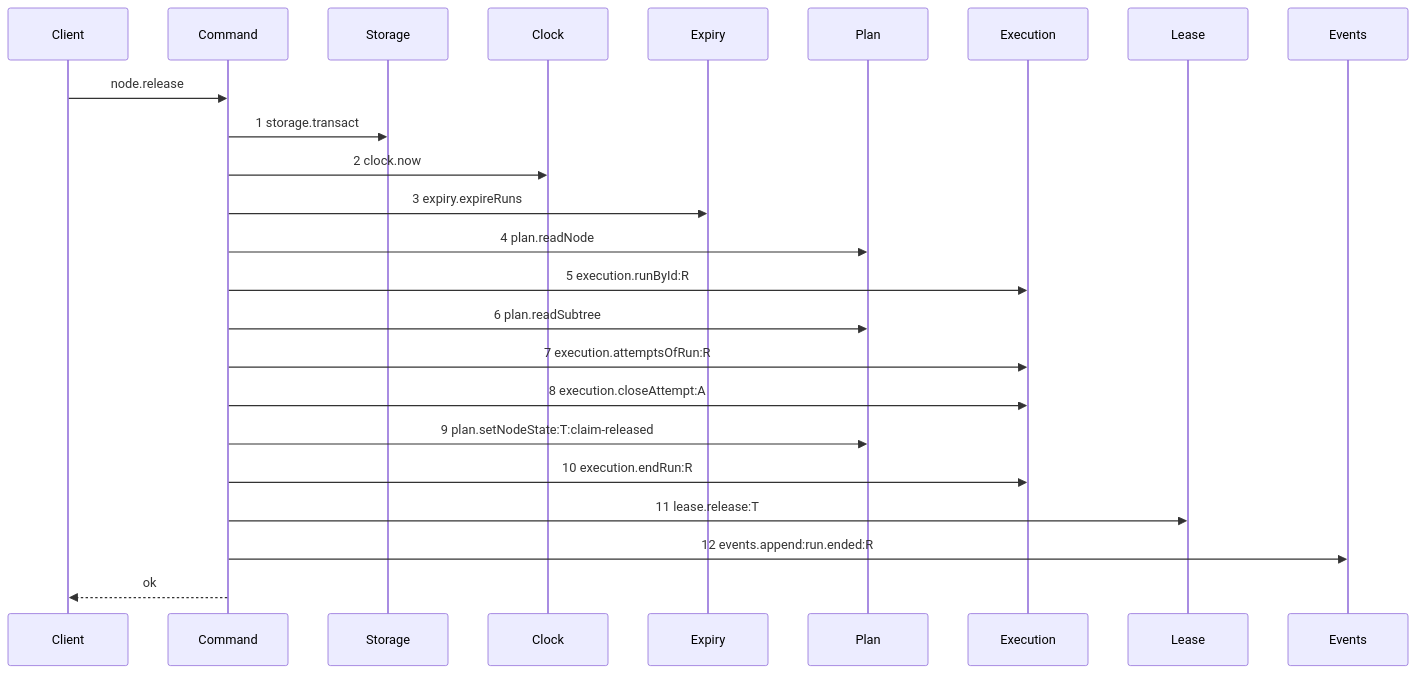
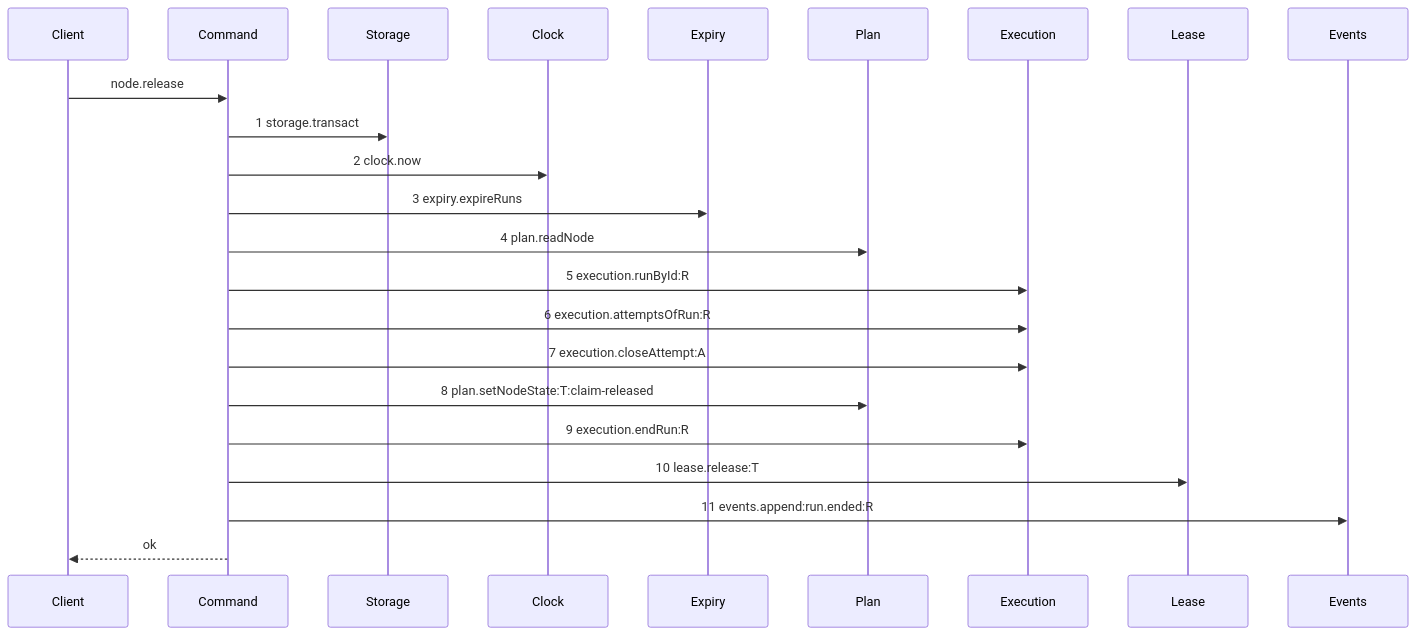
Before and after one commit to kanthorlabs/kanthord-engine: the second of 2 diagrams in .agents/plan/stories/050.2-the-run-renew-release-and-report/05-the-release.md, drawn with Mermaid. The commit also changed other lines of this file and 150 other files, not shown here.

Commit message:
feat(epic-050.2): implement run renewal release and reporting

````diff
--- a/.agents/plan/stories/050.2-the-run-renew-release-and-report/05-the-release.md
+++ b/.agents/plan/stories/050.2-the-run-renew-release-and-report/05-the-release.md
@@ -114,26 +115,25 @@
 ```mermaid
 sequenceDiagram
     participant Client
     participant Command
     participant Storage
     participant Clock
     participant Expiry
     participant Plan
     participant Execution
     participant Lease
     participant Events
     Client->>Command: node.release
     Command->>Storage: 1 storage.transact
     Command->>Clock: 2 clock.now
     Command->>Expiry: 3 expiry.expireRuns
     Command->>Plan: 4 plan.readNode
     Command->>Execution: 5 execution.runById:R
-    Command->>Plan: 6 plan.readSubtree
-    Command->>Execution: 7 execution.attemptsOfRun:R
-    Command->>Execution: 8 execution.closeAttempt:A
-    Command->>Plan: 9 plan.setNodeState:T:claim-released
-    Command->>Execution: 10 execution.endRun:R
-    Command->>Lease: 11 lease.release:T
-    Command->>Events: 12 events.append:run.ended:R
+    Command->>Execution: 6 execution.attemptsOfRun:R
+    Command->>Execution: 7 execution.closeAttempt:A
+    Command->>Plan: 8 plan.setNodeState:T:claim-released
+    Command->>Execution: 9 execution.endRun:R
+    Command->>Lease: 10 lease.release:T
+    Command->>Events: 11 events.append:run.ended:R
     Command-->>Client: ok
 ```
````
